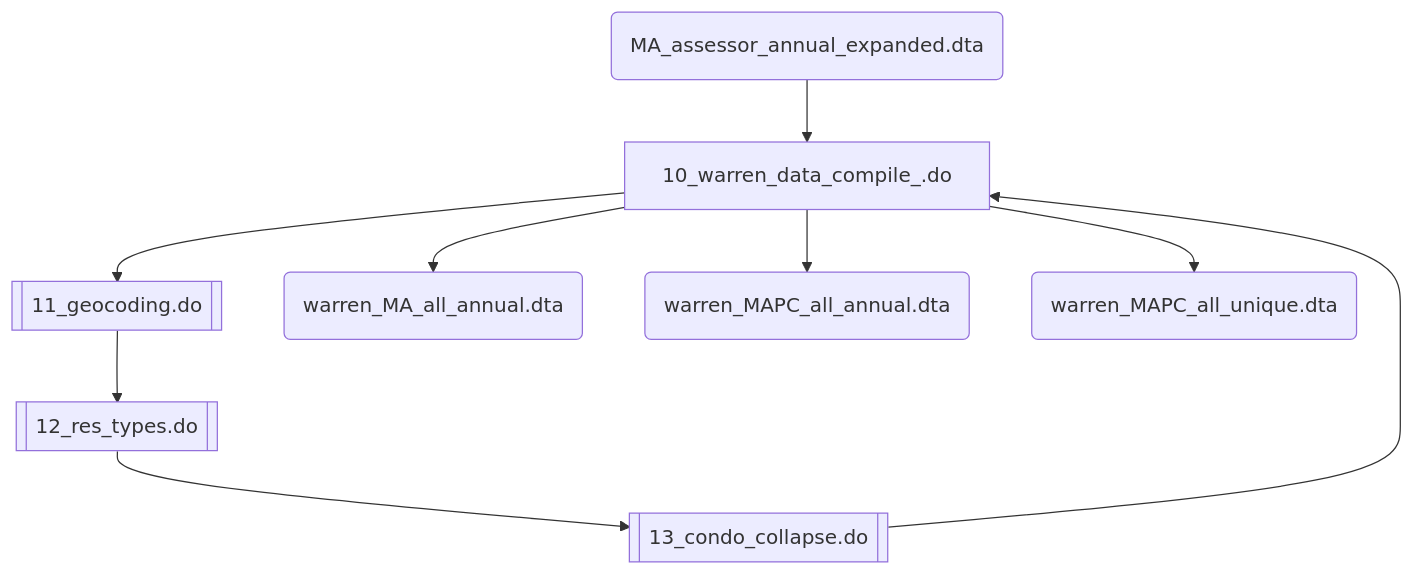
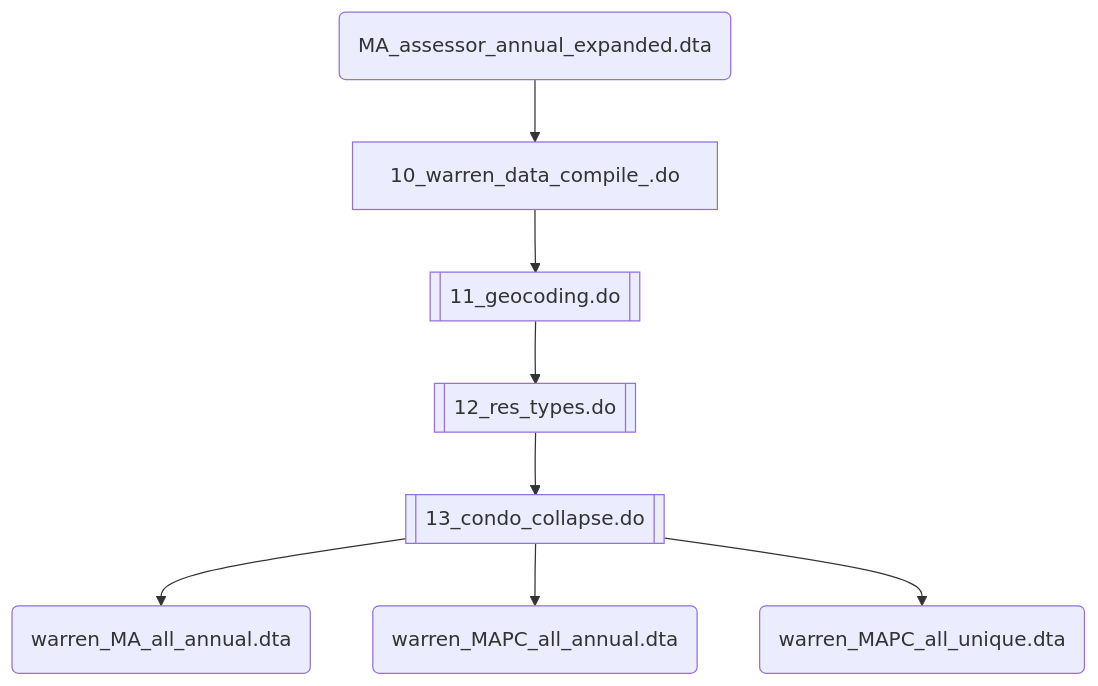
The first of 4 diagrams in code/data_setup/README.md (nchiumenti/boston_zoning), drawn with Mermaid before and after one commit.

````diff
--- a/code/data_setup/README.md
+++ b/code/data_setup/README.md
@@ -51,20 +51,19 @@
 ```mermaid
 flowchart TD
   f0[10_warren_data_compile_.do];
   d0(MA_assessor_annual_expanded.dta);
 
   f1@{ shape: subproc, label: "11_geocoding.do" };
   f2@{ shape: subproc, label: "12_res_types.do" };
   f3@{ shape: subproc, label: "13_condo_collapse.do " };
 
   d2(warren_MA_all_annual.dta);
   d3(warren_MAPC_all_annual.dta);
   d4(warren_MAPC_all_unique.dta);
   
   d0 --> f0;
   f0 --> f1 --> f2 --> f3;
-  f3 --> f0;
-  f0 --> d2;
-  f0 --> d3;
-  f0 --> d4;
+  f3 --> d2;
+  f3 --> d3;
+  f3 --> d4;
 ```
````
